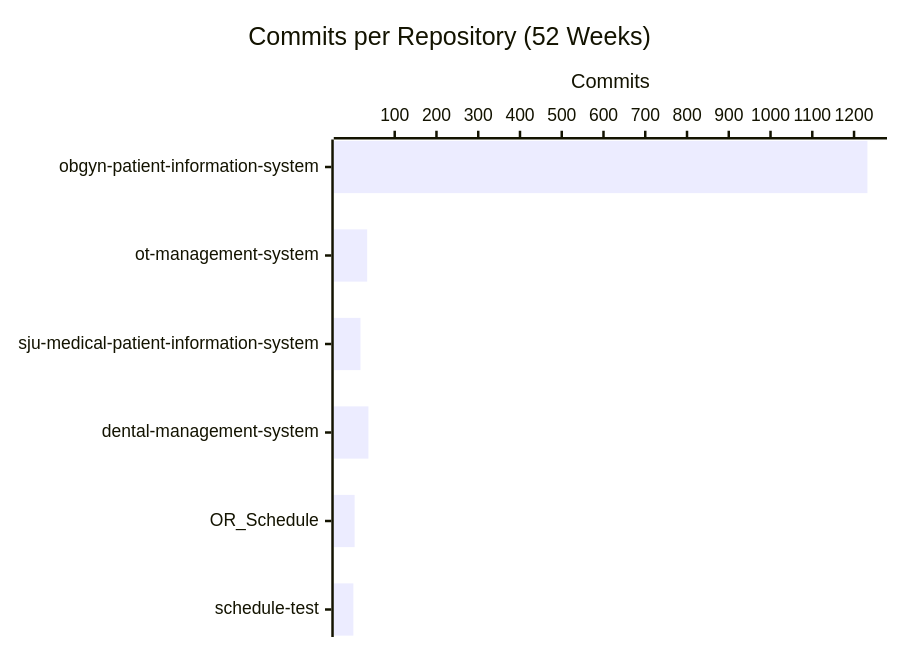
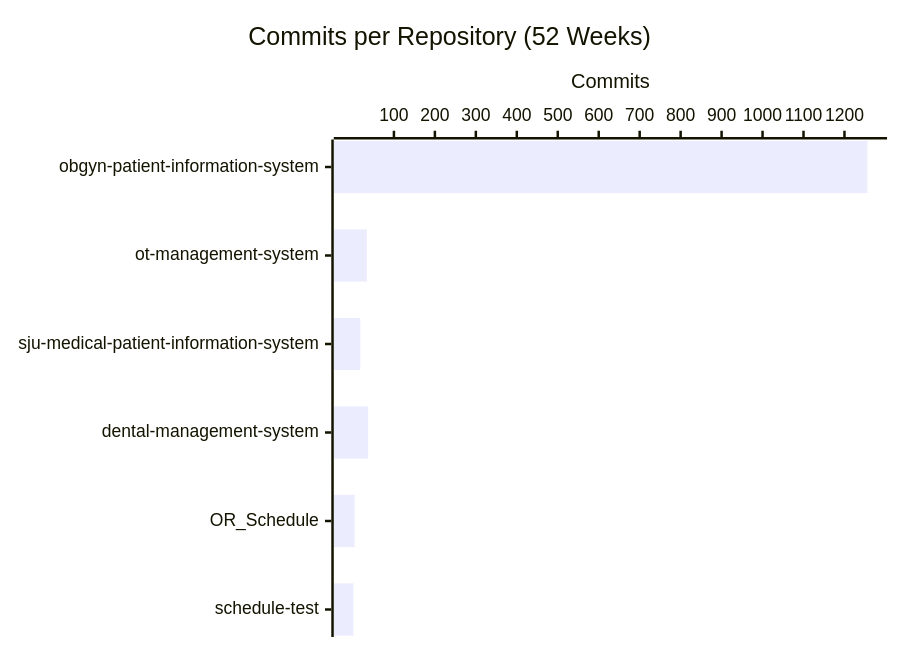
The second of 4 diagrams in profile/README.md (CSTH-Projects/.github), drawn with Mermaid before and after one commit. The commit also changed other lines of this file, not shown here.

````diff
--- a/profile/README.md
+++ b/profile/README.md
@@ -24,7 +24,7 @@
 ```mermaid
 xychart-beta horizontal
     title "Commits per Repository (52 Weeks)"
     x-axis ["obgyn-patient-information-system", "ot-management-system", "sju-medical-patient-information-system", "dental-management-system", "OR_Schedule", "schedule-test"]
     y-axis "Commits"
-    bar [1232, 34, 18, 37, 4, 1]
+    bar [1256, 34, 18, 37, 4, 1]
 ```
````
